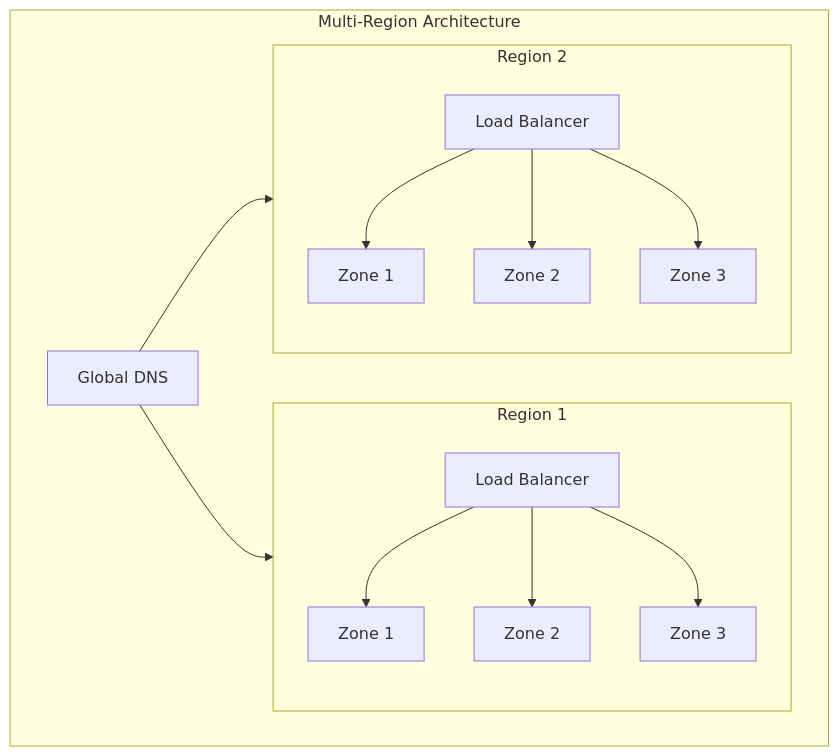
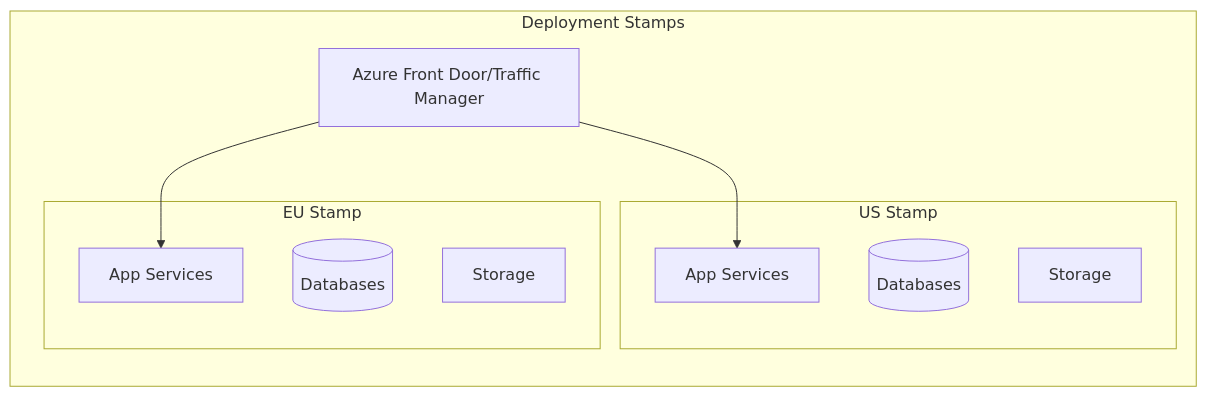
The seventh of 7 diagrams in src/High_Availability_Design.md (saravanakumarrc/Architecture_Journey), drawn with Mermaid before and after one commit. The commit also changed other lines of this file and 3 other files, not shown here.

Commit message:
Enhance documentation for High Availability Design and System Design Principles, adding detailed Azure implementation patterns, examples, and mermaid diagrams for clarity and better understanding.

````diff
--- a/src/High_Availability_Design.md
+++ b/src/High_Availability_Design.md
@@ -587,29 +574,23 @@
 ```mermaid
-flowchart TB
-    subgraph "Multi-Region Architecture"
-        subgraph "Region 1"
-            direction TB
-            LB1[Load Balancer]
-            AZ1[Zone 1]
-            AZ2[Zone 2]
-            AZ3[Zone 3]
-            LB1 --> AZ1
-            LB1 --> AZ2
-            LB1 --> AZ3
+graph TB
+    subgraph "Deployment Stamps"
+        direction TB
+        
+        DNS[Azure Front Door/Traffic Manager]
+        
+        subgraph "US Stamp"
+            US_APP[App Services]
+            US_DB[(Databases)]
+            US_STOR[Storage]
         end
         
-        subgraph "Region 2"
-            direction TB
-            LB2[Load Balancer]
-            AZ4[Zone 1]
-            AZ5[Zone 2]
-            AZ6[Zone 3]
-            LB2 --> AZ4
-            LB2 --> AZ5
-            LB2 --> AZ6
+        subgraph "EU Stamp"
+            EU_APP[App Services]
+            EU_DB[(Databases)]
+            EU_STOR[Storage]
         end
         
-        DNS[Global DNS] --> LB1
-        DNS --> LB2
+        DNS --> US_APP
+        DNS --> EU_APP
     end
 ```
````
